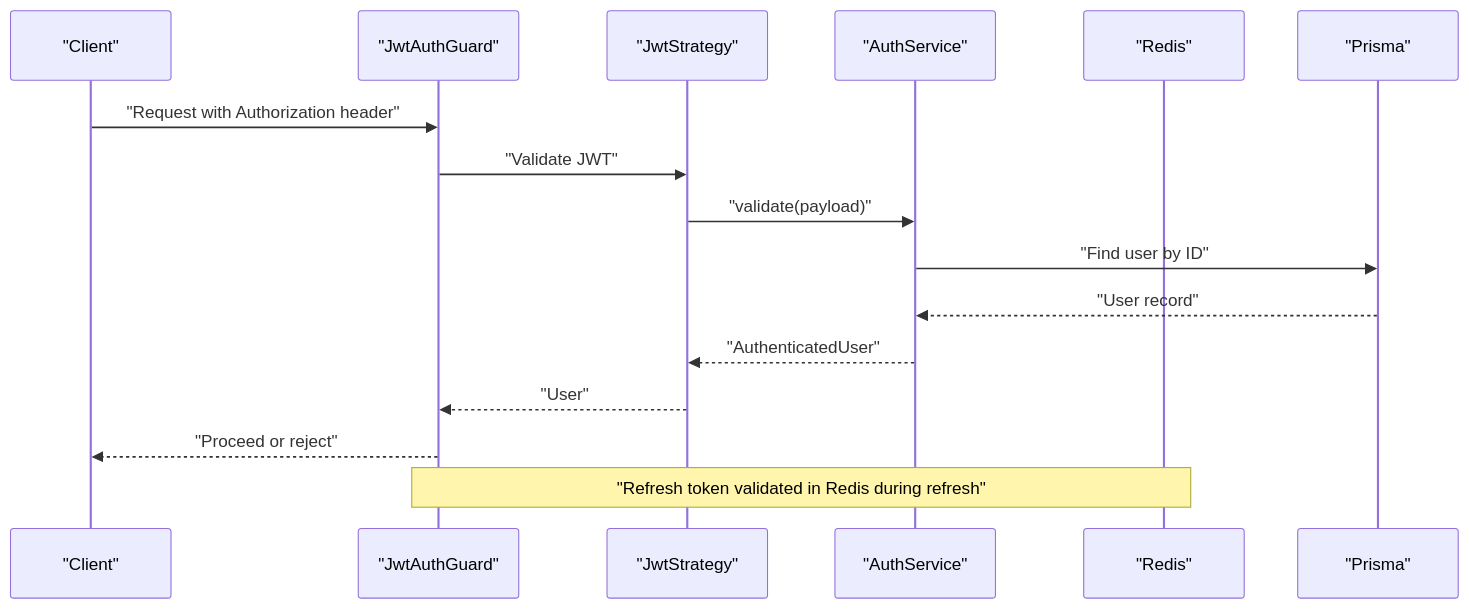
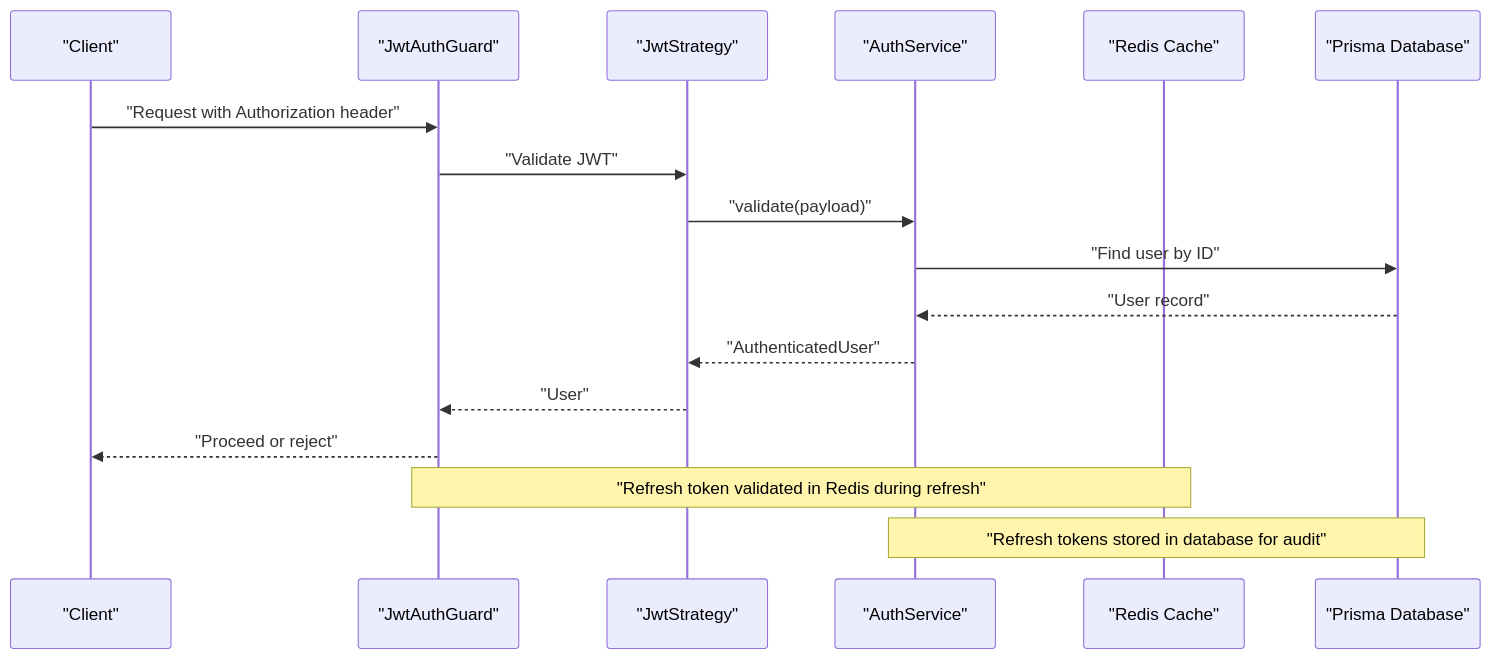
One commit to Avi-Bendetsky/Quiz-to-build changed the second of 8 diagrams in .qoder/repowiki/en/content/Advanced Topics/Security Hardening.md. Above: the diagram before and after it, drawn with Mermaid. The commit also changed other lines of this file and 41 other files, not shown here.

````diff
--- a/.qoder/repowiki/en/content/Advanced Topics/Security Hardening.md
+++ b/.qoder/repowiki/en/content/Advanced Topics/Security Hardening.md
@@ -101,18 +146,19 @@
 ```mermaid
 sequenceDiagram
 participant Client as "Client"
 participant Guard as "JwtAuthGuard"
 participant Strategy as "JwtStrategy"
 participant AuthSvc as "AuthService"
-participant Redis as "Redis"
-participant DB as "Prisma"
+participant Redis as "Redis Cache"
+participant DB as "Prisma Database"
 Client->>Guard : "Request with Authorization header"
 Guard->>Strategy : "Validate JWT"
 Strategy->>AuthSvc : "validate(payload)"
 AuthSvc->>DB : "Find user by ID"
 DB-->>AuthSvc : "User record"
 AuthSvc-->>Strategy : "AuthenticatedUser"
 Strategy-->>Guard : "User"
 Guard-->>Client : "Proceed or reject"
 Note over Guard,Redis : "Refresh token validated in Redis during refresh"
+Note over AuthSvc,DB : "Refresh tokens stored in database for audit"
 ```
````
